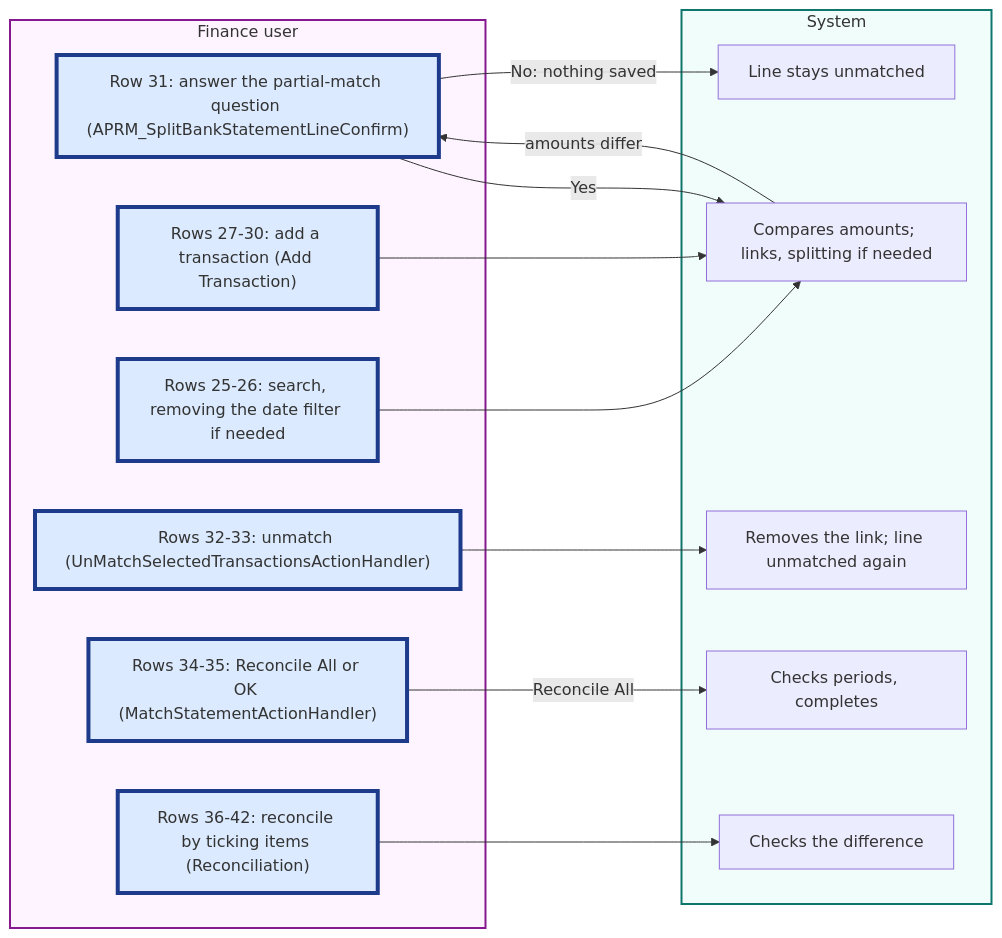
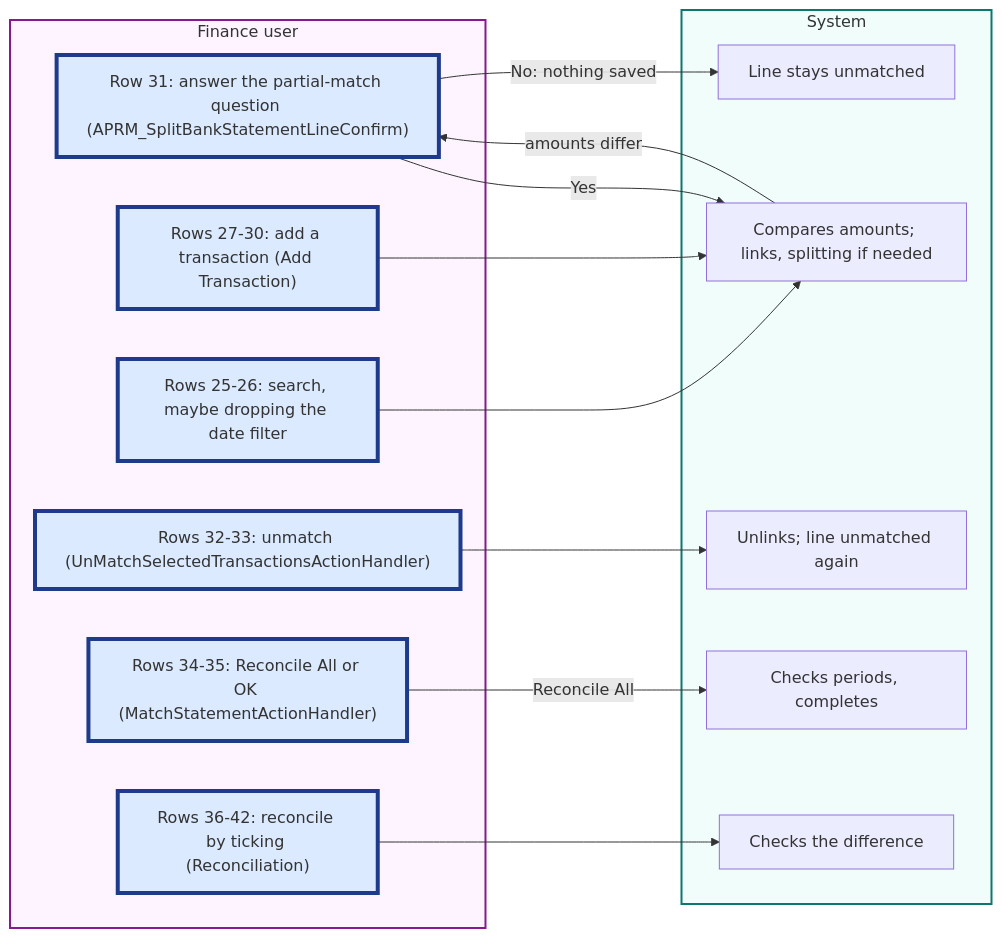
One commit to blitzy-public-samples/openbravo-erp changed the sixth of 9 diagrams in docs/analysis/analysis-1-current-state-reconciliation.md. Above: the diagram before and after it, drawn with Mermaid. The commit also changed other lines of this file, not shown here.

````diff
--- a/docs/analysis/analysis-1-current-state-reconciliation.md
+++ b/docs/analysis/analysis-1-current-state-reconciliation.md
@@ -305,32 +310,32 @@
 ```mermaid
 flowchart LR
   accTitle: Figure 6. Swimlane of Matching and Closing
-  accDescr: Lines are linked, then reconciled.
+  accDescr: Linking, then reconciling.
   subgraph People["Finance user"]
     M31["Row 31: answer the partial-match question (APRM_SplitBankStatementLineConfirm)"]
     M32["Rows 32-33: unmatch (UnMatchSelectedTransactionsActionHandler)"]
     M27["Rows 27-30: add a transaction (Add Transaction)"]
     M34["Rows 34-35: Reconcile All or OK (MatchStatementActionHandler)"]
-    M25["Rows 25-26: search, removing the date filter if needed"]
-    M36["Rows 36-42: reconcile by ticking items (Reconciliation)"]
+    M25["Rows 25-26: search, maybe dropping the date filter"]
+    M36["Rows 36-42: reconcile by ticking (Reconciliation)"]
   end
   subgraph System["System"]
     S1["Line stays unmatched"]
     S2["Compares amounts; links, splitting if needed"]
-    S3["Removes the link; line unmatched again"]
+    S3["Unlinks; line unmatched again"]
     S4["Checks periods, completes"]
     S5["Checks the difference"]
   end
   M25-->S2
   M27-->S2
   S2-->|"amounts differ"|M31
   M31-->|Yes|S2
   M31-->|"No: nothing saved"|S1
   M32-->S3
   M34-->|"Reconcile All"|S4
   M36-->S5
   style People fill:#fdf4ff,stroke:#86198f,stroke-width:2px
   style System fill:#f0fdfa,stroke:#0f766e,stroke-width:2px
   classDef manual fill:#dbeafe,stroke:#1e3a8a,stroke-width:4px
   class M25,M27,M31,M32,M34,M36 manual
 ```
````
